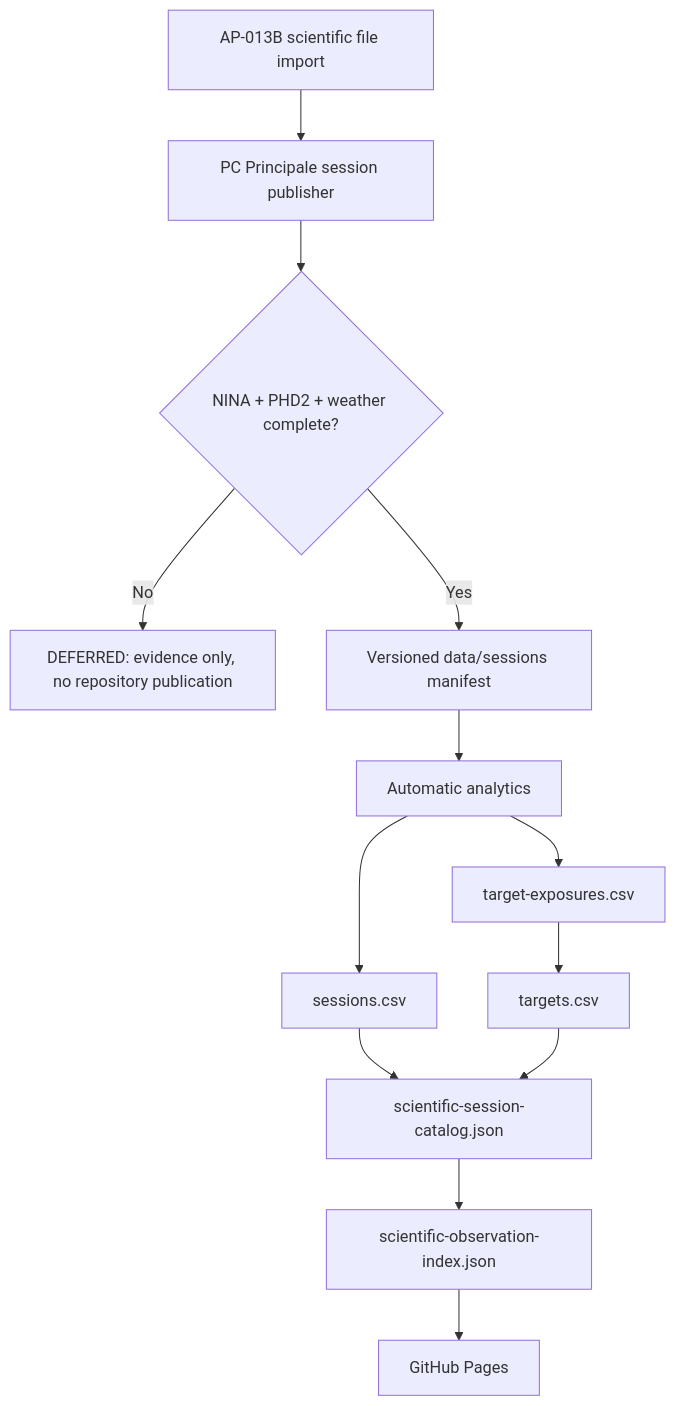
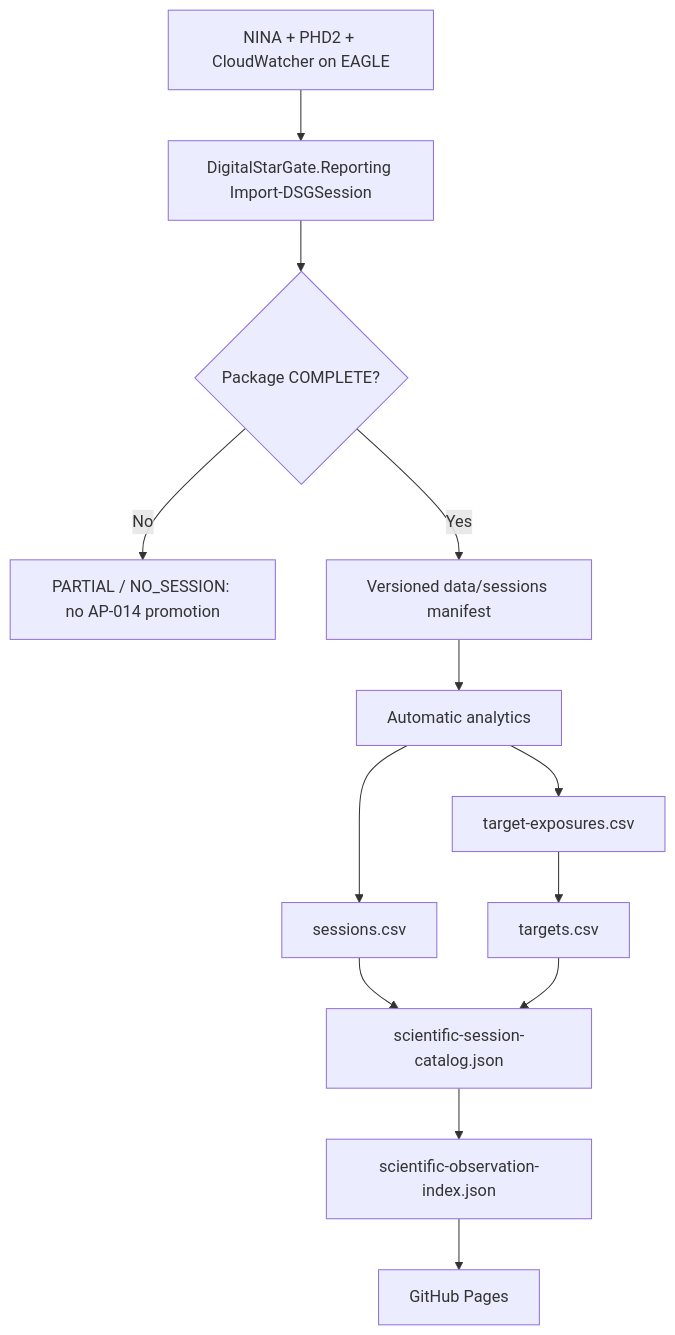
The diagram in docs/architecture/validation/AP14-W07-Session-Package-Portal-Automation.md (maininimassimo-bit/digital-stargate-manual), drawn with Mermaid before and after one commit. The commit also changed other lines of this file, not shown here.

Commit message:
fix(ap14): correct EAGLE session evidence ownership

````diff
--- a/docs/architecture/validation/AP14-W07-Session-Package-Portal-Automation.md
+++ b/docs/architecture/validation/AP14-W07-Session-Package-Portal-Automation.md
@@ -19,15 +19,15 @@
 ```mermaid
 flowchart TD
-    A[AP-013B scientific file import] --> B[PC Principale session publisher]
-    B --> C{NINA + PHD2 + weather complete?}
-    C -- No --> D[DEFERRED: evidence only, no repository publication]
+    A[NINA + PHD2 + CloudWatcher on EAGLE] --> B[DigitalStarGate.Reporting Import-DSGSession]
+    B --> C{Package COMPLETE?}
+    C -- No --> D[PARTIAL / NO_SESSION: no AP-014 promotion]
     C -- Yes --> E[Versioned data/sessions manifest]
     E --> F[Automatic analytics]
     F --> G[sessions.csv]
     F --> H[target-exposures.csv]
     H --> I[targets.csv]
     G --> J[scientific-session-catalog.json]
     I --> J
     J --> K[scientific-observation-index.json]
     K --> L[GitHub Pages]
 ```
````
